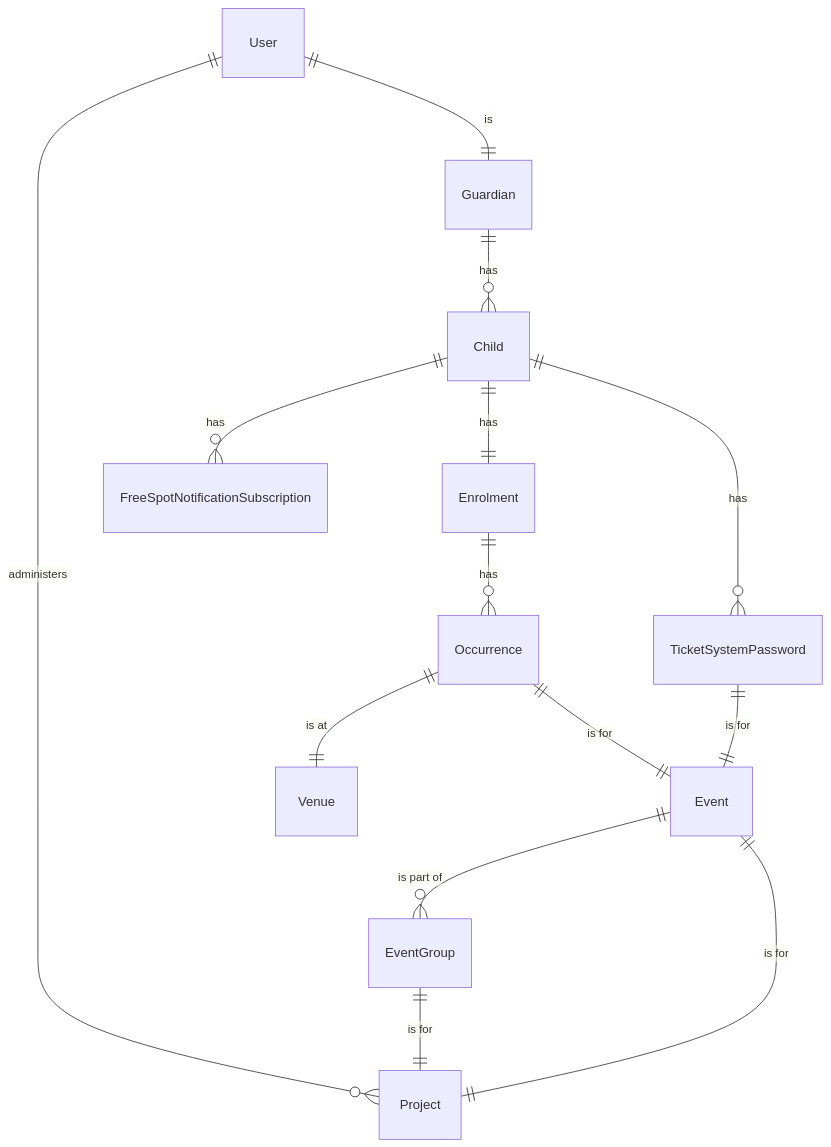
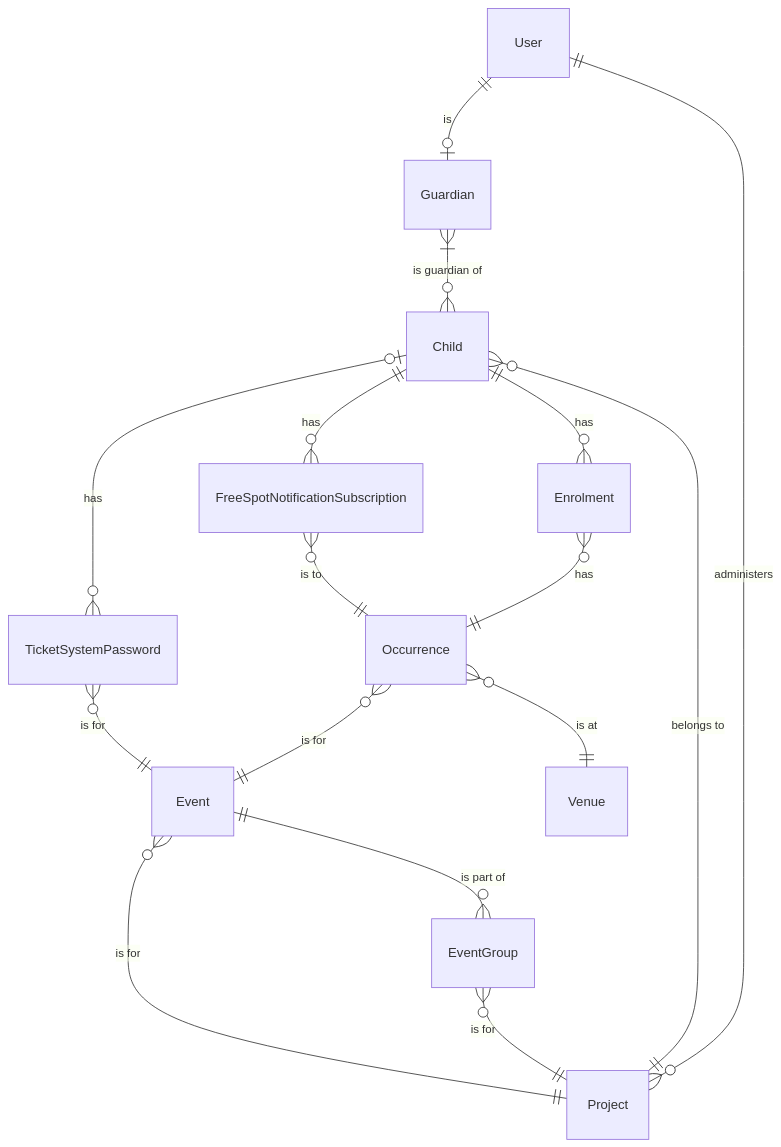
The diagram in gdpr/README.md (City-of-Helsinki/kukkuu), drawn with Mermaid before and after one commit.

Commit message:
docs: fix GDPR API export ER diagram relationships/cardinalities
refs KK-1379

````diff
--- a/gdpr/README.md
+++ b/gdpr/README.md
@@ -28,16 +28,18 @@
 ```mermaid
 erDiagram
     User ||--o{ Project : "administers"
-    User ||--|| Guardian : "is"
-      Guardian ||--o{ Child : "has"
-        Child ||--|| Enrolment : "has"
-          Enrolment ||--o{ Occurrence : "has"
-            Occurrence ||--|| Event : "is for"
+    User ||--o| Guardian : "is"
+      Guardian }|--o{ Child : "is guardian of"
+        Child }o--|| Project : "belongs to"
+        Child ||--o{ Enrolment : "has"
+          Enrolment }o--|| Occurrence : "has"
+            Occurrence }o--|| Event : "is for"
               Event ||--o{ EventGroup : "is part of"
-                EventGroup ||--|| Project : "is for"
-              Event ||--|| Project : "is for"
-            Occurrence ||--|| Venue : "is at"
-        Child ||--o{ TicketSystemPassword : "has"
-          TicketSystemPassword ||--|| Event : "is for"
+                EventGroup }o--|| Project : "is for"
+              Event }o--|| Project : "is for"
+            Occurrence }o--|| Venue : "is at"
+        Child |o--o{ TicketSystemPassword : "has"
+          TicketSystemPassword }o--|| Event : "is for"
         Child ||--o{ FreeSpotNotificationSubscription : "has"
+          FreeSpotNotificationSubscription }o--|| Occurrence : "is to"
 ```
````
